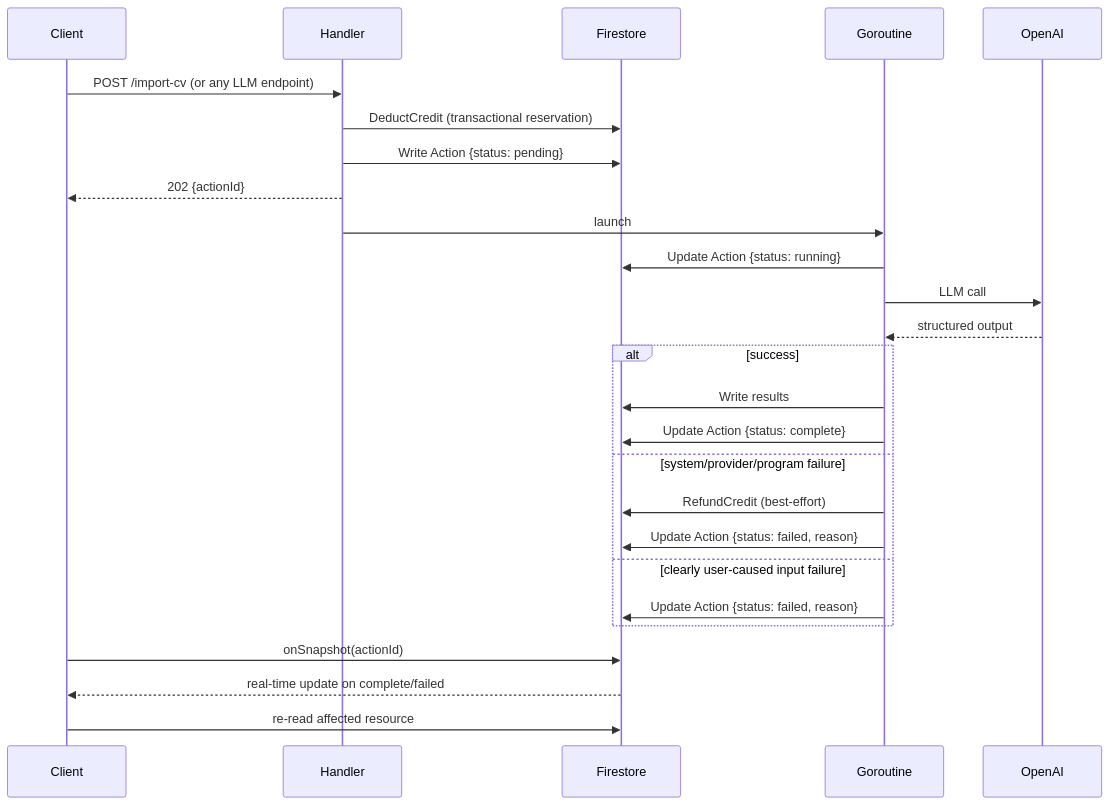
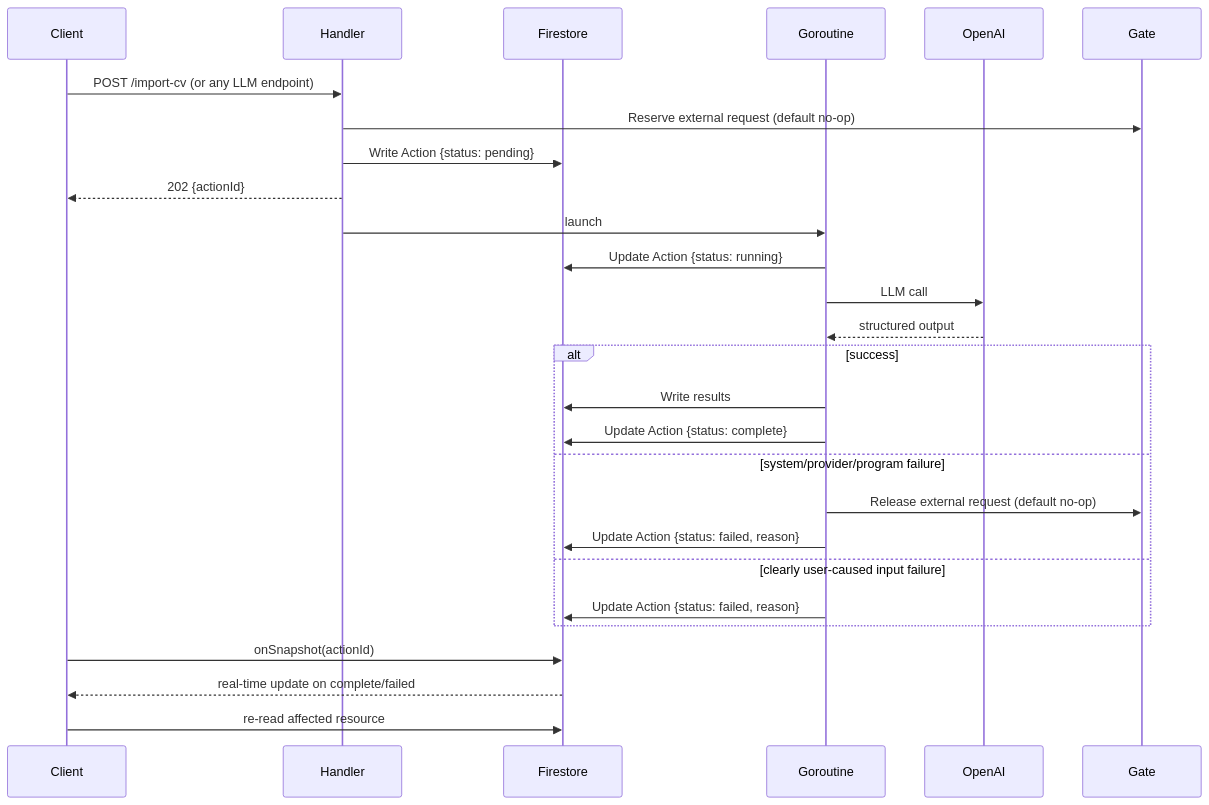
The fourth of 6 diagrams in docs/ARCHITECTURE.md (mnohe/cvai), drawn with Mermaid before and after one commit. The commit also changed other lines of this file and 63 other files, not shown here.

````diff
--- a/docs/ARCHITECTURE.md
+++ b/docs/ARCHITECTURE.md
@@ -163,33 +153,33 @@
 ```mermaid
 sequenceDiagram
     participant Client
     participant Handler
     participant Firestore
     participant Goroutine
     participant OpenAI
 
     Client->>Handler: POST /import-cv (or any LLM endpoint)
-    Handler->>Firestore: DeductCredit (transactional reservation)
+    Handler->>Gate: Reserve external request (default no-op)
     Handler->>Firestore: Write Action {status: pending}
     Handler-->>Client: 202 {actionId}
 
     Handler->>Goroutine: launch
 
     Goroutine->>Firestore: Update Action {status: running}
     Goroutine->>OpenAI: LLM call
     OpenAI-->>Goroutine: structured output
 
     alt success
         Goroutine->>Firestore: Write results
         Goroutine->>Firestore: Update Action {status: complete}
     else system/provider/program failure
-        Goroutine->>Firestore: RefundCredit (best-effort)
+        Goroutine->>Gate: Release external request (default no-op)
         Goroutine->>Firestore: Update Action {status: failed, reason}
     else clearly user-caused input failure
         Goroutine->>Firestore: Update Action {status: failed, reason}
     end
 
     Client->>Firestore: onSnapshot(actionId)
     Firestore-->>Client: real-time update on complete/failed
     Client->>Firestore: re-read affected resource
 ```
````
